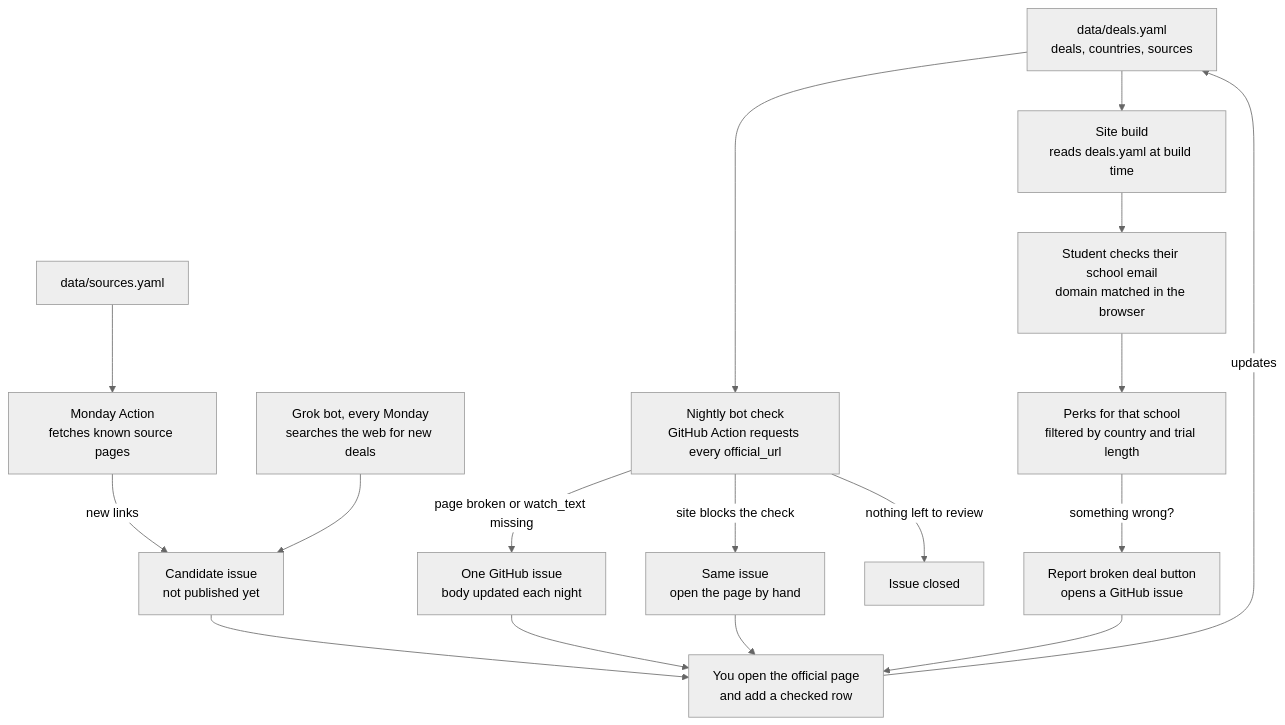
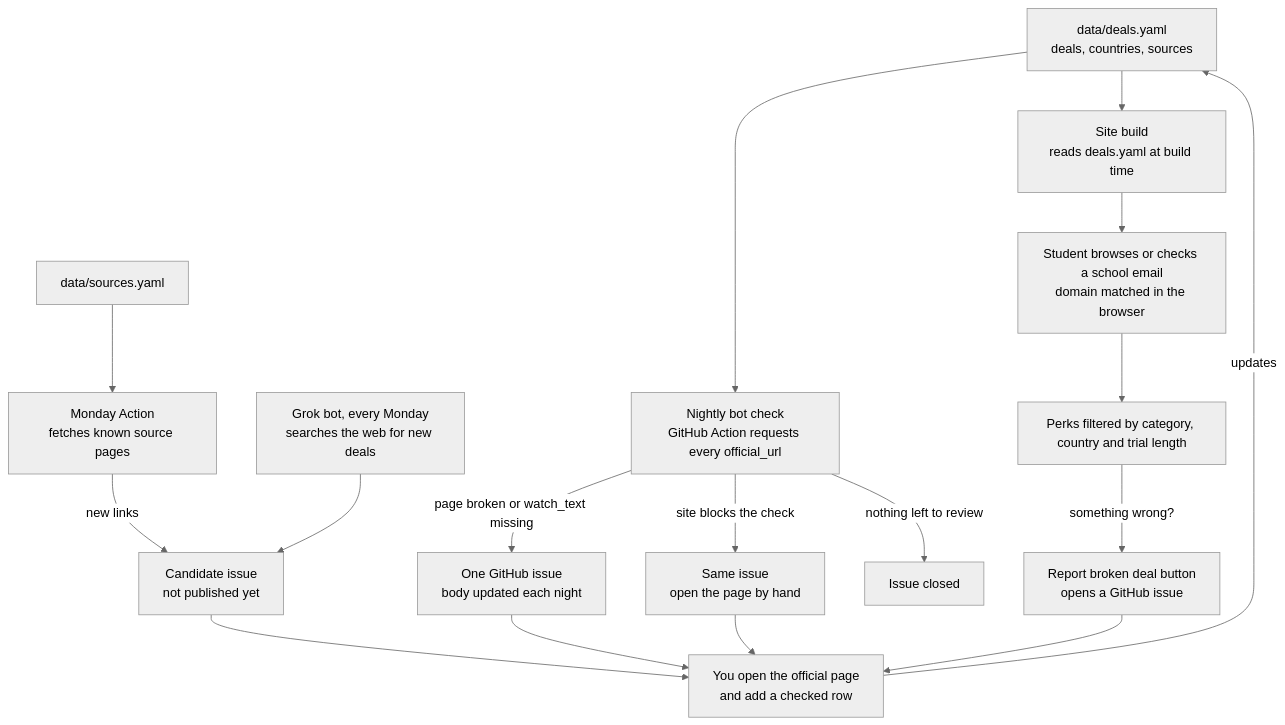
Before and after one commit to AyaanRathod/verified-student-perks: the diagram in README.md, drawn with Mermaid (neutral theme). The commit also changed other lines of this file, not shown here.

````diff
--- a/README.md
+++ b/README.md
@@ -106,19 +99,19 @@
 ```mermaid
 flowchart TD
     A["data/deals.yaml<br/>deals, countries, sources"] --> B["Nightly bot check<br/>GitHub Action requests every official_url"]
     B -->|page broken or watch_text missing| C["One GitHub issue<br/>body updated each night"]
     B -->|site blocks the check| P["Same issue<br/>open the page by hand"]
     P --> D
     S["Grok bot, every Monday<br/>searches the web for new deals"] --> I["Candidate issue<br/>not published yet"]
     W["data/sources.yaml"] --> M["Monday Action<br/>fetches known source pages"]
     M -->|new links| I
     I --> D["You open the official page<br/>and add a checked row"]
     C --> D
     D -->|updates| A
     B -->|nothing left to review| Q["Issue closed"]
     A --> E["Site build<br/>reads deals.yaml at build time"]
-    E --> F["Student checks their school email<br/>domain matched in the browser"]
-    F --> G["Perks for that school<br/>filtered by country and trial length"]
+    E --> F["Student browses or checks a school email<br/>domain matched in the browser"]
+    F --> G["Perks filtered by category, country and trial length"]
     G -->|something wrong?| H["Report broken deal button<br/>opens a GitHub issue"]
     H --> D
 ```
````
